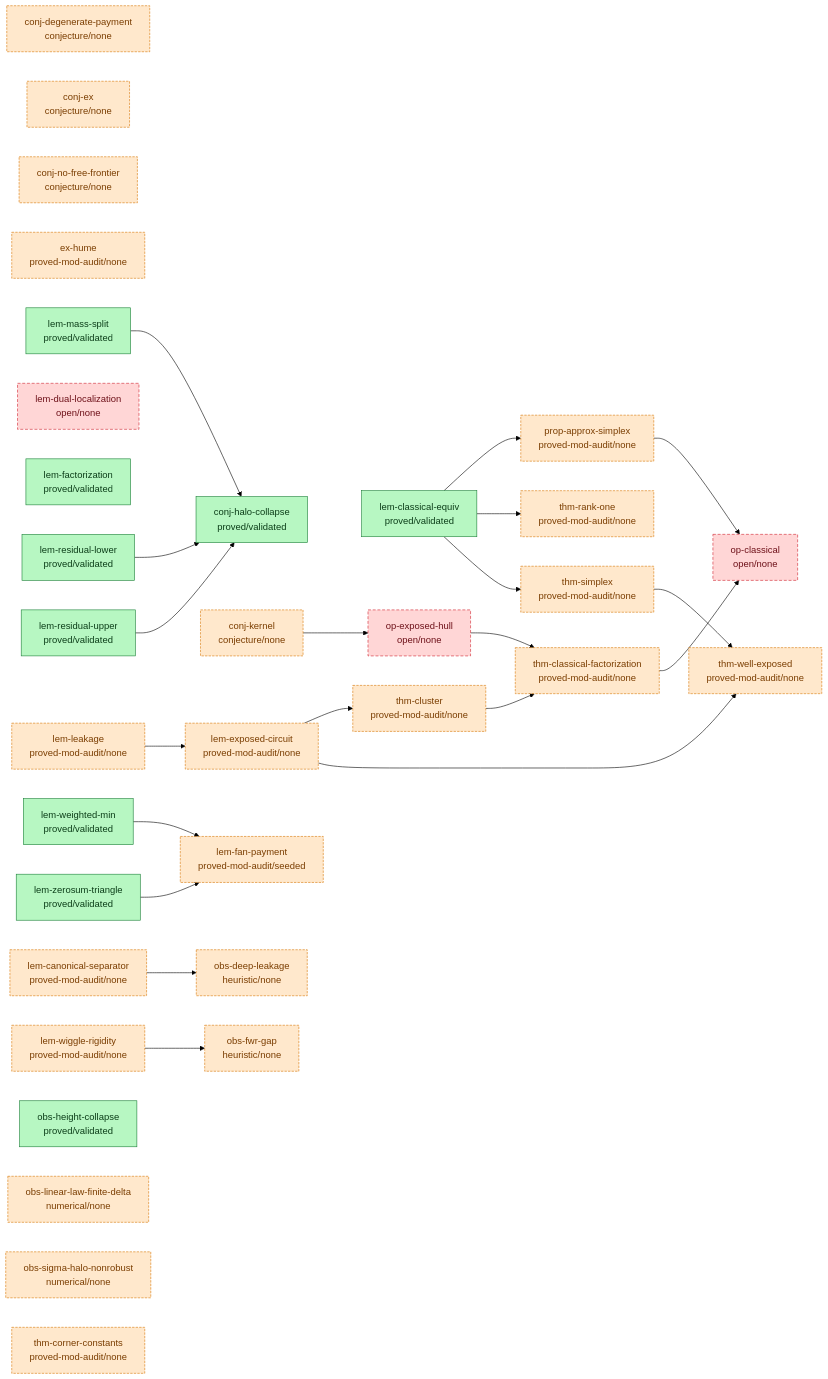
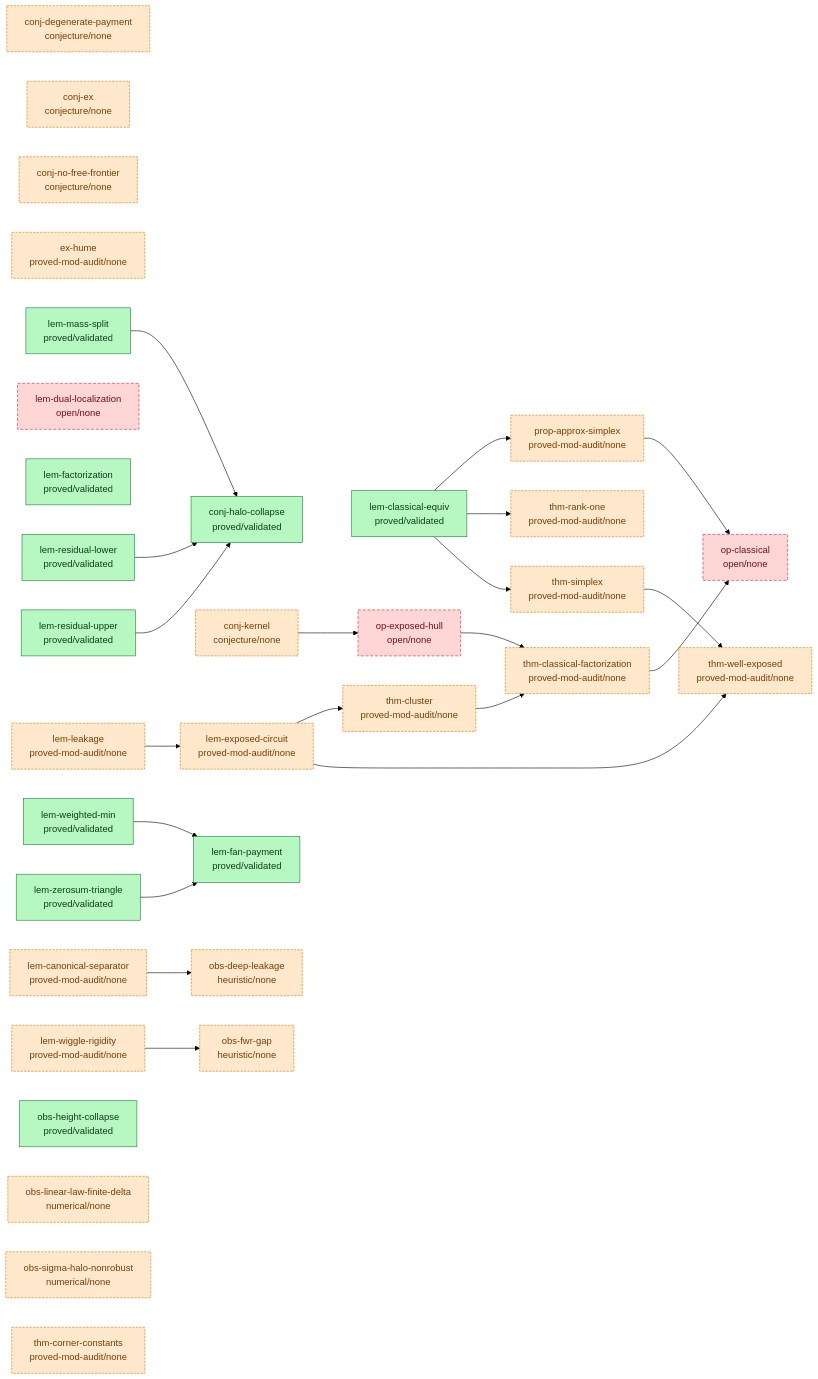
The diagram in argument/DAG.md (tobiasosborne/almost-idempotent-stochastic-maps), drawn with Mermaid (forest theme) before and after one commit. The commit also changed 81 other files, not shown here.

First line of the commit message:
Bank lem-fan-payment: af-validated (10th rigorous result; the session's first NEW mathematics)

````diff
--- a/argument/DAG.md
+++ b/argument/DAG.md
@@ -6,65 +6,65 @@
 ```mermaid
 graph LR
   classDef validated fill:#b7f7c2,stroke:#1a7f37,color:#0b3d18;
   classDef proved fill:#cfe3ff,stroke:#0969da,color:#0a3069;
   classDef seeded fill:#fff3c4,stroke:#bf8700,color:#5a4500;
   classDef stated fill:#eaecef,stroke:#8b949e,color:#24292f;
   classDef cited fill:#e7d6ff,stroke:#8250df,color:#3b1a73;
   classDef nonrigorous fill:#ffe8cc,stroke:#d97706,color:#7a3d00,stroke-dasharray:4 2;
   classDef open fill:#ffd6d6,stroke:#cf222e,color:#6e1119,stroke-dasharray:5 3;
   conj-degenerate-payment["conj-degenerate-payment<br/>conjecture/none"]
   conj-ex["conj-ex<br/>conjecture/none"]
   conj-halo-collapse["conj-halo-collapse<br/>proved/validated"]
   conj-kernel["conj-kernel<br/>conjecture/none"]
   conj-no-free-frontier["conj-no-free-frontier<br/>conjecture/none"]
   ex-hume["ex-hume<br/>proved-mod-audit/none"]
   lem-canonical-separator["lem-canonical-separator<br/>proved-mod-audit/none"]
   lem-classical-equiv["lem-classical-equiv<br/>proved/validated"]
   lem-dual-localization["lem-dual-localization<br/>open/none"]
   lem-exposed-circuit["lem-exposed-circuit<br/>proved-mod-audit/none"]
   lem-factorization["lem-factorization<br/>proved/validated"]
-  lem-fan-payment["lem-fan-payment<br/>proved-mod-audit/seeded"]
+  lem-fan-payment["lem-fan-payment<br/>proved/validated"]
   lem-leakage["lem-leakage<br/>proved-mod-audit/none"]
   lem-mass-split["lem-mass-split<br/>proved/validated"]
   lem-residual-lower["lem-residual-lower<br/>proved/validated"]
   lem-residual-upper["lem-residual-upper<br/>proved/validated"]
   lem-weighted-min["lem-weighted-min<br/>proved/validated"]
   lem-wiggle-rigidity["lem-wiggle-rigidity<br/>proved-mod-audit/none"]
   lem-zerosum-triangle["lem-zerosum-triangle<br/>proved/validated"]
   obs-deep-leakage["obs-deep-leakage<br/>heuristic/none"]
   obs-fwr-gap["obs-fwr-gap<br/>heuristic/none"]
   obs-height-collapse["obs-height-collapse<br/>proved/validated"]
   obs-linear-law-finite-delta["obs-linear-law-finite-delta<br/>numerical/none"]
   obs-sigma-halo-nonrobust["obs-sigma-halo-nonrobust<br/>numerical/none"]
   op-classical["op-classical<br/>open/none"]
   op-exposed-hull["op-exposed-hull<br/>open/none"]
   prop-approx-simplex["prop-approx-simplex<br/>proved-mod-audit/none"]
   thm-classical-factorization["thm-classical-factorization<br/>proved-mod-audit/none"]
   thm-cluster["thm-cluster<br/>proved-mod-audit/none"]
   thm-corner-constants["thm-corner-constants<br/>proved-mod-audit/none"]
   thm-rank-one["thm-rank-one<br/>proved-mod-audit/none"]
   thm-simplex["thm-simplex<br/>proved-mod-audit/none"]
   thm-well-exposed["thm-well-exposed<br/>proved-mod-audit/none"]
   conj-kernel --> op-exposed-hull
   lem-canonical-separator --> obs-deep-leakage
   lem-classical-equiv --> prop-approx-simplex
   lem-classical-equiv --> thm-rank-one
   lem-classical-equiv --> thm-simplex
   lem-exposed-circuit --> thm-cluster
   lem-exposed-circuit --> thm-well-exposed
   lem-leakage --> lem-exposed-circuit
   lem-mass-split --> conj-halo-collapse
   lem-residual-lower --> conj-halo-collapse
   lem-residual-upper --> conj-halo-collapse
   lem-weighted-min --> lem-fan-payment
   lem-wiggle-rigidity --> obs-fwr-gap
   lem-zerosum-triangle --> lem-fan-payment
   op-exposed-hull --> thm-classical-factorization
   prop-approx-simplex --> op-classical
   thm-classical-factorization --> op-classical
   thm-cluster --> thm-classical-factorization
   thm-simplex --> thm-well-exposed
-  class conj-halo-collapse,lem-classical-equiv,lem-factorization,lem-mass-split,lem-residual-lower,lem-residual-upper,lem-weighted-min,lem-zerosum-triangle,obs-height-collapse validated;
-  class conj-degenerate-payment,conj-ex,conj-kernel,conj-no-free-frontier,ex-hume,lem-canonical-separator,lem-exposed-circuit,lem-fan-payment,lem-leakage,lem-wiggle-rigidity,obs-deep-leakage,obs-fwr-gap,obs-linear-law-finite-delta,obs-sigma-halo-nonrobust,prop-approx-simplex,thm-classical-factorization,thm-cluster,thm-corner-constants,thm-rank-one,thm-simplex,thm-well-exposed nonrigorous;
+  class conj-halo-collapse,lem-classical-equiv,lem-factorization,lem-fan-payment,lem-mass-split,lem-residual-lower,lem-residual-upper,lem-weighted-min,lem-zerosum-triangle,obs-height-collapse validated;
+  class conj-degenerate-payment,conj-ex,conj-kernel,conj-no-free-frontier,ex-hume,lem-canonical-separator,lem-exposed-circuit,lem-leakage,lem-wiggle-rigidity,obs-deep-leakage,obs-fwr-gap,obs-linear-law-finite-delta,obs-sigma-halo-nonrobust,prop-approx-simplex,thm-classical-factorization,thm-cluster,thm-corner-constants,thm-rank-one,thm-simplex,thm-well-exposed nonrigorous;
   class lem-dual-localization,op-classical,op-exposed-hull open;
 ```
````
